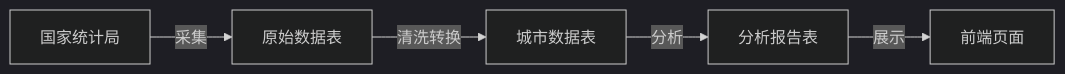
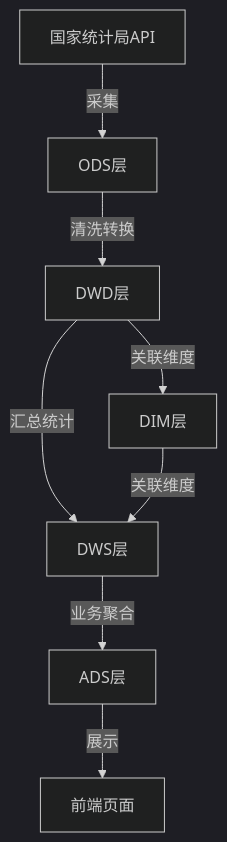
The first of 2 diagrams in doc/design/data-model.md (hhyouyou/eaves), drawn with Mermaid (dark theme) before and after one commit. The commit also changed other lines of this file, not shown here.

````diff
--- a/doc/design/data-model.md
+++ b/doc/design/data-model.md
@@ -69,7 +9,10 @@
 ```mermaid
-flowchart LR
-    A[国家统计局] -->|采集| B[原始数据表]
-    B -->|清洗转换| C[城市数据表]
-    C -->|分析| D[分析报告表]
-    D -->|展示| E[前端页面]
+graph TD
+    A[国家统计局API] -->|采集| B[ODS层]
+    B -->|清洗转换| C[DWD层]
+    C -->|关联维度| D[DIM层]
+    C -->|汇总统计| E[DWS层]
+    D -->|关联维度| E
+    E -->|业务聚合| F[ADS层]
+    F -->|展示| G[前端页面]
 ```
````
